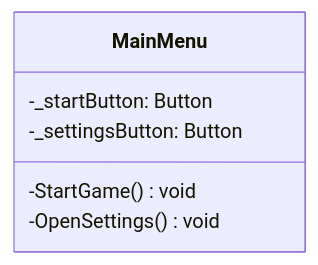
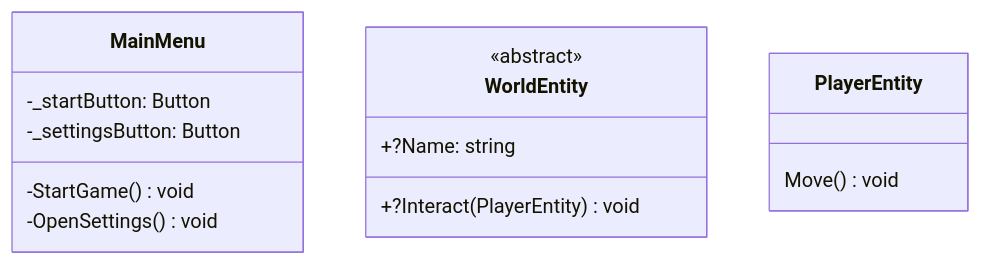
Before and after one commit to A-A-Tel/TheBizarreJourney-Godot: the diagram in Scripts/Diagram.mmd, drawn with Mermaid. The commit also changed 16 other files, not shown here.

```diff
--- a/Scripts/Diagram.mmd
+++ b/Scripts/Diagram.mmd
@@ -1,8 +1,22 @@
 classDiagram
     class MainMenu {
         -_startButton: Button
         -_settingsButton: Button
         
         -StartGame() void
         -OpenSettings() void
     }
+    
+    class WorldEntity {
+        <<abstract>>
+        
+        +?Name: string
+        
+        +?Interact(PlayerEntity) void
+    }
+    
+    class PlayerEntity {
+        
+        
+        Move() void
+    }
```
